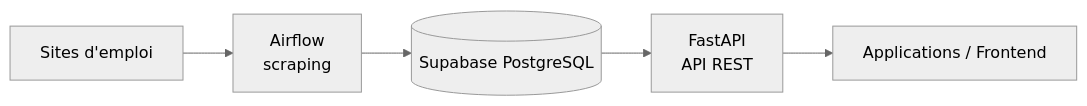
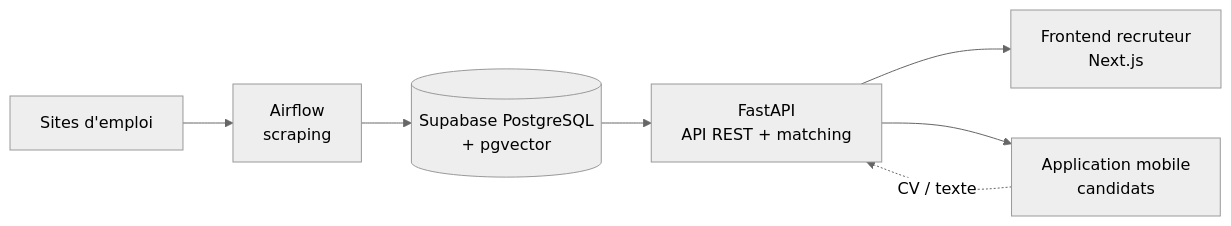
Before and after one commit to donia-fioklou/job-matching-platform: the first of 2 diagrams in README.md, drawn with Mermaid (neutral theme). The commit also changed other lines of this file, not shown here.

First line of the commit message:
Revise README for job matching and architecture details

````diff
--- a/README.md
+++ b/README.md
@@ -12,7 +12,9 @@
 ```mermaid
 flowchart LR
     S1[Sites d'emploi] --> A[Airflow<br/>scraping]
-    A --> P[(Supabase PostgreSQL)]
-    P --> F[FastAPI<br/>API REST]
-    F --> W[Applications / Frontend]
+    A --> P[(Supabase PostgreSQL<br/>+ pgvector)]
+    P --> F[FastAPI<br/>API REST + matching]
+    F --> W[Frontend recruteur<br/>Next.js]
+    F --> M[Application mobile<br/>candidats]
+    M -. CV / texte .-> F
 ```
````
